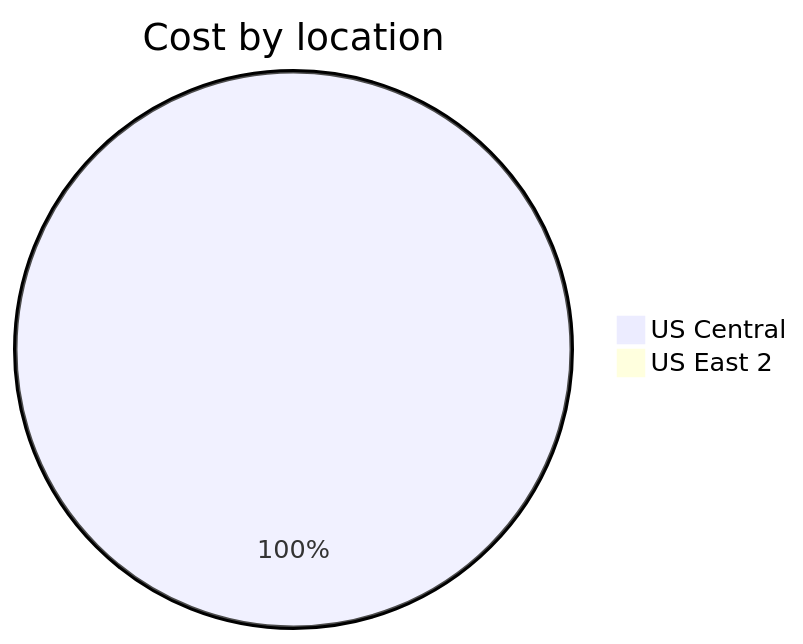
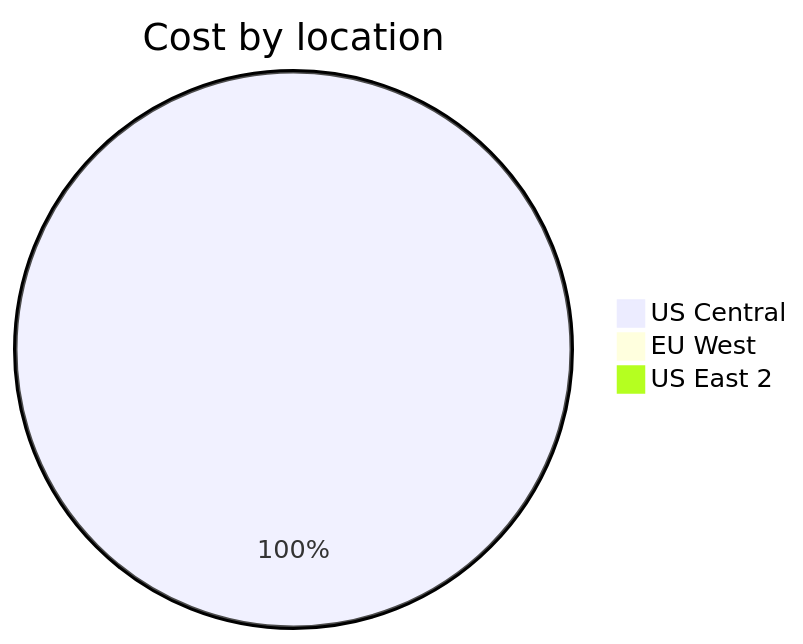
Before and after one commit to jpfulton/azure-personal-reports: the third of 4 diagrams in cost-reports/personal-site/personal-site-preview.md, drawn with Mermaid. The commit also changed other lines of this file and 6 other files, not shown here.

````diff
--- a/cost-reports/personal-site/personal-site-preview.md
+++ b/cost-reports/personal-site/personal-site-preview.md
@@ -108,6 +109,7 @@
 ```mermaid
 pie
    title Cost by location
-   "US Central" : 0.69
+   "US Central" : 1.07
+   "EU West" : 0.00
    "US East 2" : 0.00
 ```
````
